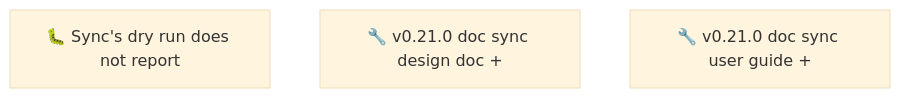
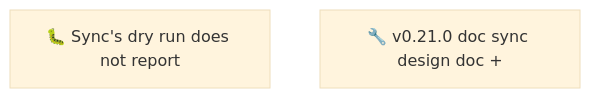
Before and after one commit to SpillwaveSolutions/wiki_ticket_sdd: the second of 2 diagrams in docs/roadmap.md, drawn with Mermaid (base theme). The commit also changed other lines of this file and 8 other files, not shown here.

First line of the commit message:
chore: close the v0.21.0 user-docs sync item (01KZ70HNTMN1AQHSX32XZ1J2X9)

````diff
--- a/docs/roadmap.md
+++ b/docs/roadmap.md
@@ -66,6 +63,5 @@
 ```mermaid
 graph TD
     01KZ31DGAQ2YDP6RMEMVNAWABH["🐛 Sync's dry run does not report"]
     01KZ70HNMFKYY9KZ0VXVAMD7S5["🔧 v0.21.0 doc sync design doc +"]
-    01KZ70HNTMN1AQHSX32XZ1J2X9["🔧 v0.21.0 doc sync user guide +"]
 ```
````
